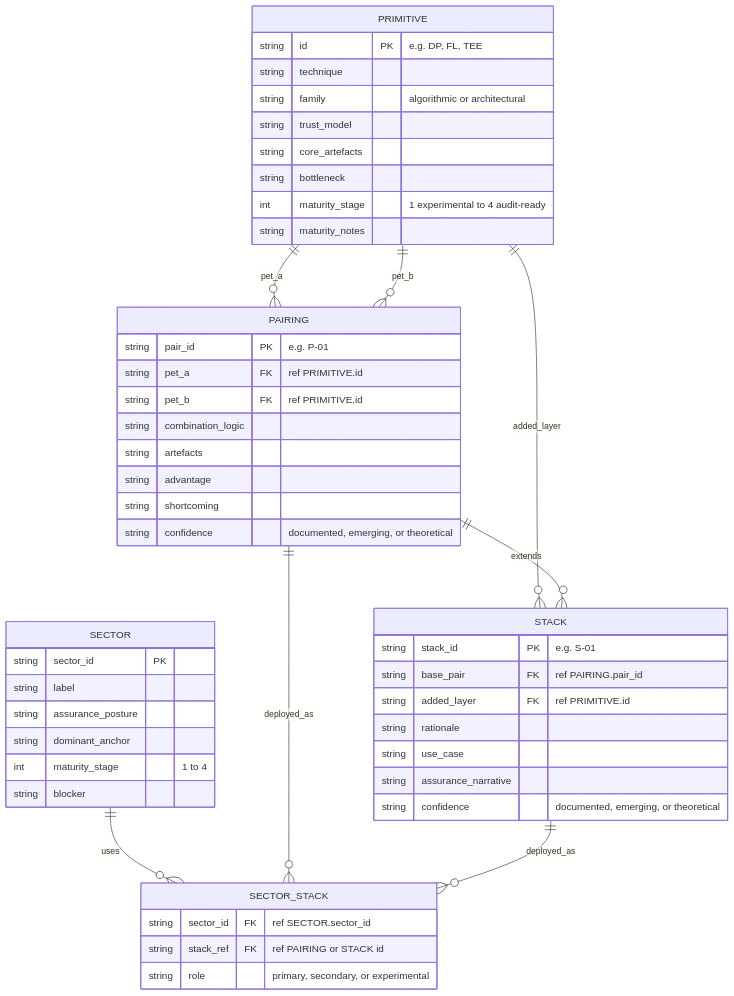
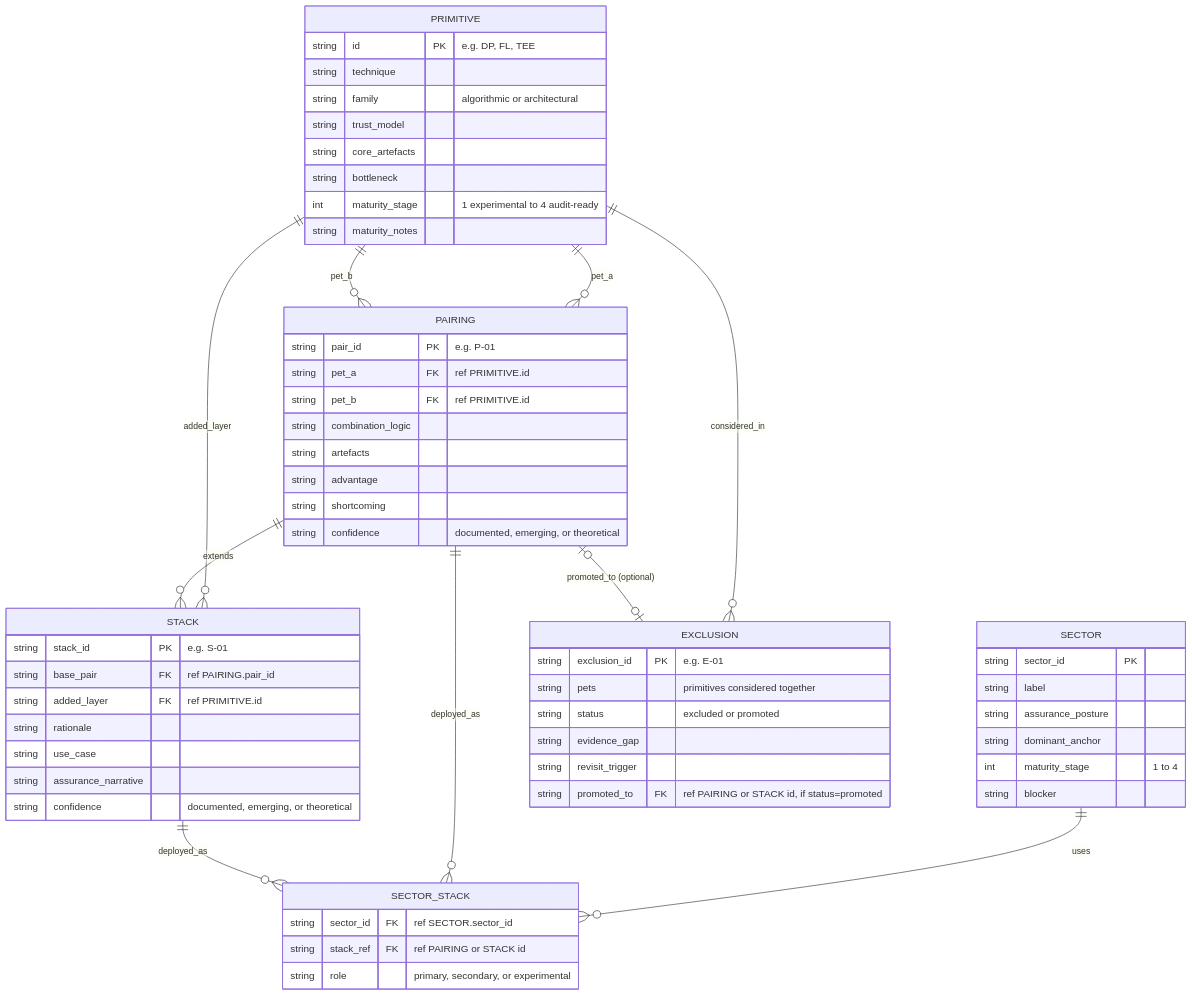
One commit to j0hn-s/privacy-explorer changed the first of 7 diagrams in DIAGRAM.md. Above: the diagram before and after it, drawn with Mermaid. The commit also changed other lines of this file and 15 other files, not shown here.

````diff
--- a/DIAGRAM.md
+++ b/DIAGRAM.md
@@ -13,53 +13,63 @@
 ```mermaid
 erDiagram
     PRIMITIVE {
         string id PK "e.g. DP, FL, TEE"
         string technique
         string family "algorithmic or architectural"
         string trust_model
         string core_artefacts
         string bottleneck
         int maturity_stage "1 experimental to 4 audit-ready"
         string maturity_notes
     }
     PAIRING {
         string pair_id PK "e.g. P-01"
         string pet_a FK "ref PRIMITIVE.id"
         string pet_b FK "ref PRIMITIVE.id"
         string combination_logic
         string artefacts
         string advantage
         string shortcoming
         string confidence "documented, emerging, or theoretical"
     }
     STACK {
         string stack_id PK "e.g. S-01"
         string base_pair FK "ref PAIRING.pair_id"
         string added_layer FK "ref PRIMITIVE.id"
         string rationale
         string use_case
         string assurance_narrative
         string confidence "documented, emerging, or theoretical"
     }
     SECTOR {
         string sector_id PK
         string label
         string assurance_posture
         string dominant_anchor
         int maturity_stage "1 to 4"
         string blocker
     }
     SECTOR_STACK {
         string sector_id FK "ref SECTOR.sector_id"
         string stack_ref FK "ref PAIRING or STACK id"
         string role "primary, secondary, or experimental"
     }
+    EXCLUSION {
+        string exclusion_id PK "e.g. E-01"
+        string pets "primitives considered together"
+        string status "excluded or promoted"
+        string evidence_gap
+        string revisit_trigger
+        string promoted_to FK "ref PAIRING or STACK id, if status=promoted"
+    }
 
     PRIMITIVE ||--o{ PAIRING : "pet_a"
     PRIMITIVE ||--o{ PAIRING : "pet_b"
     PRIMITIVE ||--o{ STACK : "added_layer"
     PAIRING ||--o{ STACK : "extends"
     SECTOR ||--o{ SECTOR_STACK : "uses"
     PAIRING ||--o{ SECTOR_STACK : "deployed_as"
     STACK ||--o{ SECTOR_STACK : "deployed_as"
+    PRIMITIVE ||--o{ EXCLUSION : "considered_in"
+    PAIRING o|--o| EXCLUSION : "promoted_to (optional)"
 ```
````
